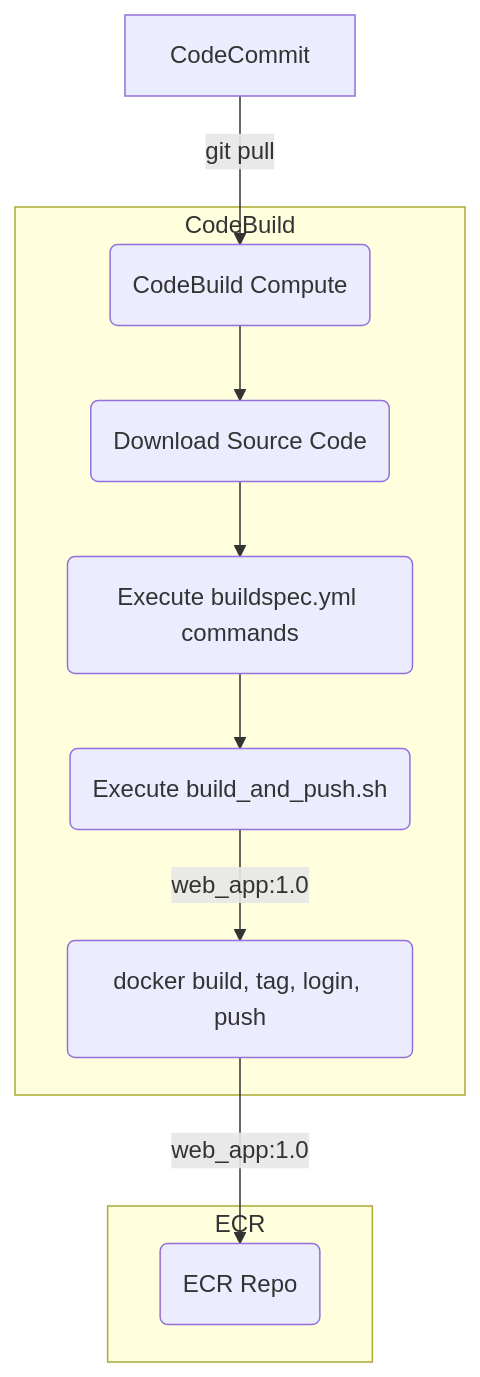
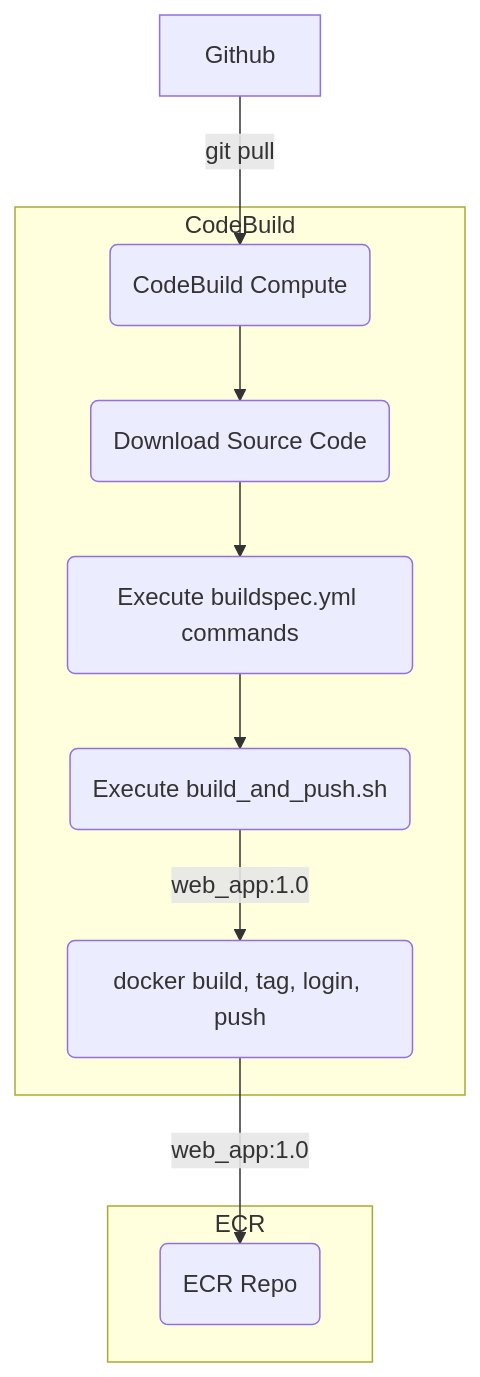
Before and after one commit to PratikSutar97/ci-build-docker: the diagram in docker_python/README.md, drawn with Mermaid. The commit also changed other lines of this file and 4 other files, not shown here.

````diff
--- a/docker_python/README.md
+++ b/docker_python/README.md
@@ -79,19 +79,19 @@
 ```mermaid
 flowchart TD
-    A[CodeCommit] -->|git pull | B(CodeBuild Compute)
+    A[Github] -->|git pull | B(CodeBuild Compute)
     B(CodeBuild Compute) -->| | C(Download Source Code)
     C(Download Source Code) -->| | D(Execute buildspec.yml commands)
     D(Execute buildspec.yml commands) -->| | E(Execute build_and_push.sh)
     E(Execute build_and_push.sh) -->| web_app:1.0 | F(docker build, tag, login, push)
     F(docker build, tag, login, push) -->|web_app:1.0 | G(ECR Repo)
     subgraph CodeBuild
     B
     C
     D
     E
     F
     end
     subgraph ECR
     G
     end
 ```
````
